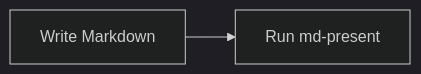
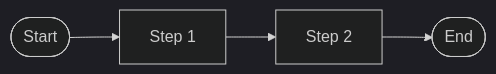
One commit to timonwd/md-present changed the first of 10 diagrams in fixtures/mermaid-types.md. Above: the diagram before and after it, drawn with Mermaid (dark theme). The commit also changed 3 other files, not shown here.

First line of the commit message:
Fix Mermaid flowchart label alignment (#65)

````diff
--- a/fixtures/mermaid-types.md
+++ b/fixtures/mermaid-types.md
@@ -9,4 +9,6 @@
 ```mermaid
 flowchart LR
-    A[Write Markdown] --> B[Run md-present]
+    A([Start]) --> B[Step 1]
+    B --> C[Step 2]
+    C --> D([End])
 ```
````
